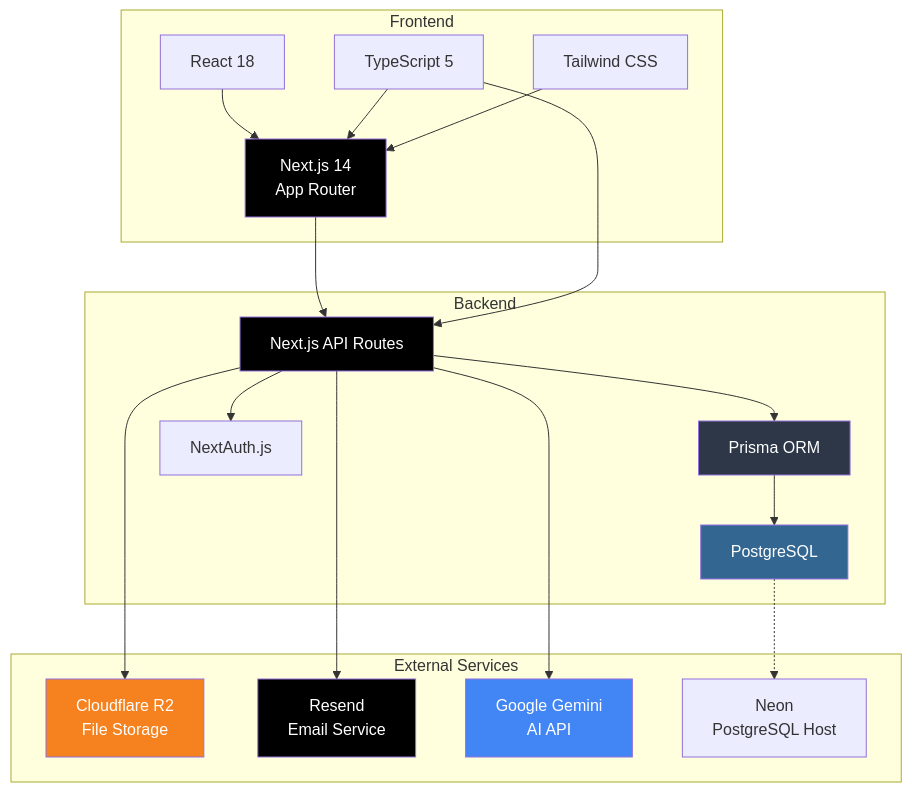
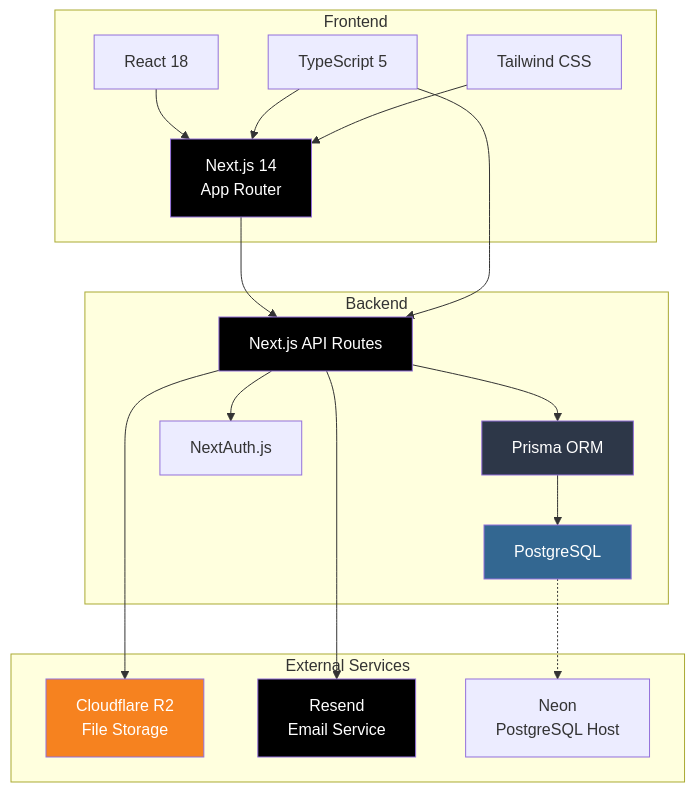
Before and after one commit to GameHelix/jetpack_joyride: the fourth of 10 diagrams in docs/README.md, drawn with Mermaid. The commit also changed other lines of this file and 15 other files, not shown here.

````diff
--- a/docs/README.md
+++ b/docs/README.md
@@ -344,44 +329,41 @@
 ```mermaid
 graph TB
     subgraph "Frontend"
         A[Next.js 14<br/>App Router]
         B[React 18]
         C[TypeScript 5]
         D[Tailwind CSS]
     end
 
     subgraph "Backend"
         E[Next.js API Routes]
         F[Prisma ORM]
         G[PostgreSQL]
         H[NextAuth.js]
     end
 
     subgraph "External Services"
         I[Cloudflare R2<br/>File Storage]
         J[Resend<br/>Email Service]
-        K[Google Gemini<br/>AI API]
         L[Neon<br/>PostgreSQL Host]
     end
 
     A --> E
     B --> A
     C --> A
     C --> E
     D --> A
     E --> F
     F --> G
     E --> H
     E --> I
     E --> J
-    E --> K
     G -.-> L
 
     style A fill:#000000,color:#ffffff
     style E fill:#000000,color:#ffffff
     style F fill:#2D3748,color:#ffffff
     style G fill:#336791,color:#ffffff
     style I fill:#F6821F,color:#ffffff
     style J fill:#000000,color:#ffffff
-    style K fill:#4285F4,color:#ffffff
 ```
````
